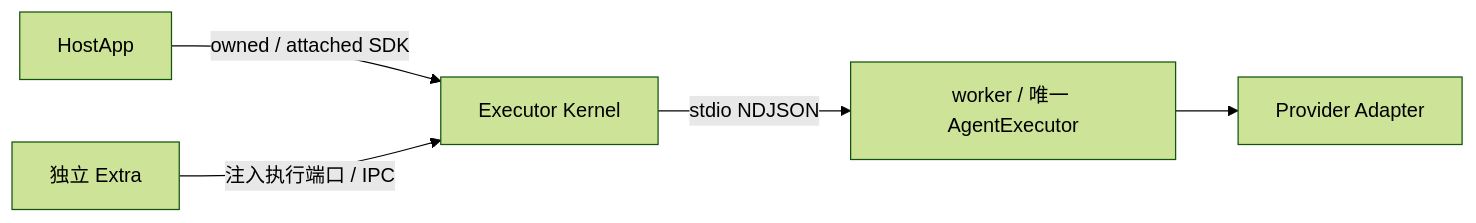
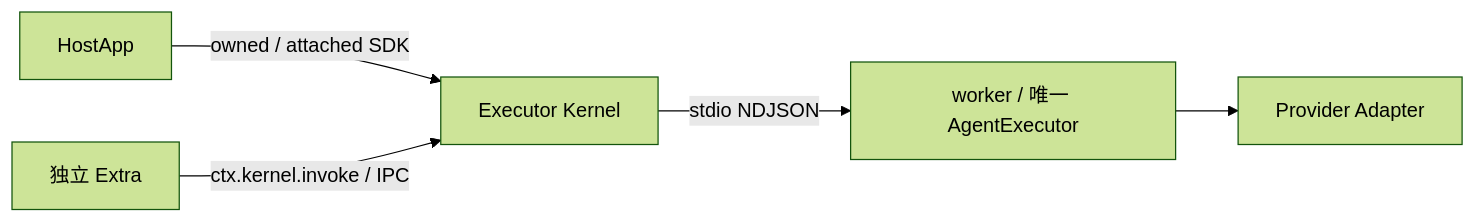
Before and after one commit to Liuxy20/octo-runtime: the diagram in .octospec/rules/local-execution.md, drawn with Mermaid (forest theme). The commit also changed other lines of this file and 86 other files, not shown here.

````diff
--- a/.octospec/rules/local-execution.md
+++ b/.octospec/rules/local-execution.md
@@ -23,7 +23,7 @@
 ```mermaid
 flowchart LR
   App[HostApp] -->|owned / attached SDK| K[Executor Kernel]
-  Extra[独立 Extra] -->|注入执行端口 / IPC| K
+  Extra[独立 Extra] -->|ctx.kernel.invoke / IPC| K
   K -->|stdio NDJSON| W[worker / 唯一 AgentExecutor]
   W --> A[Provider Adapter]
 ```
````
